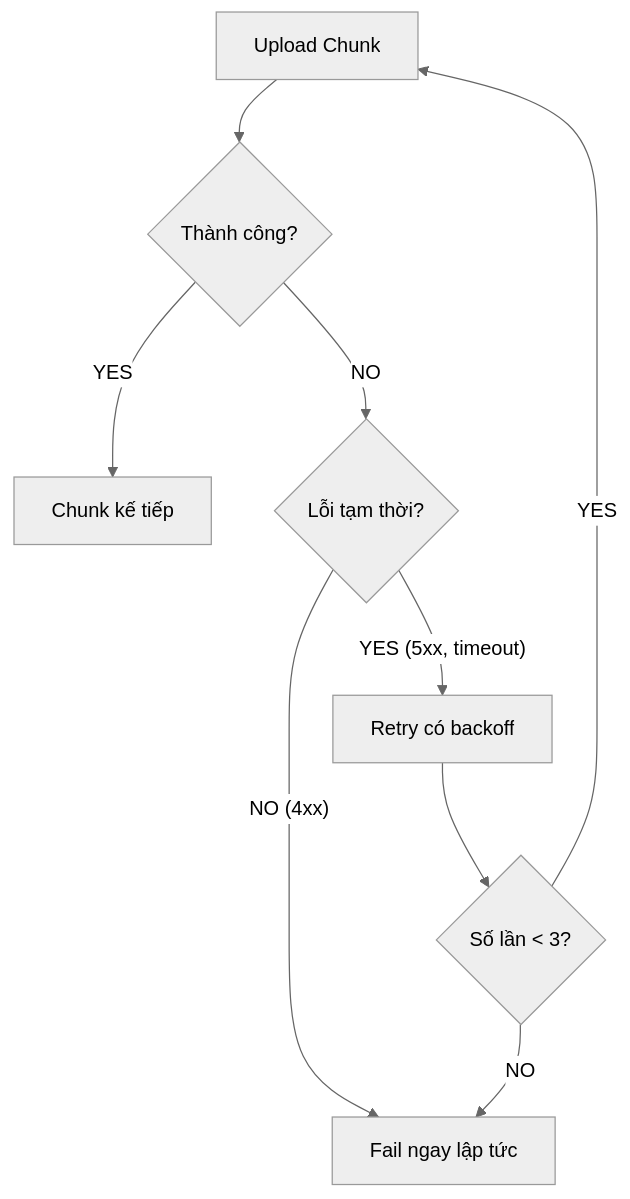
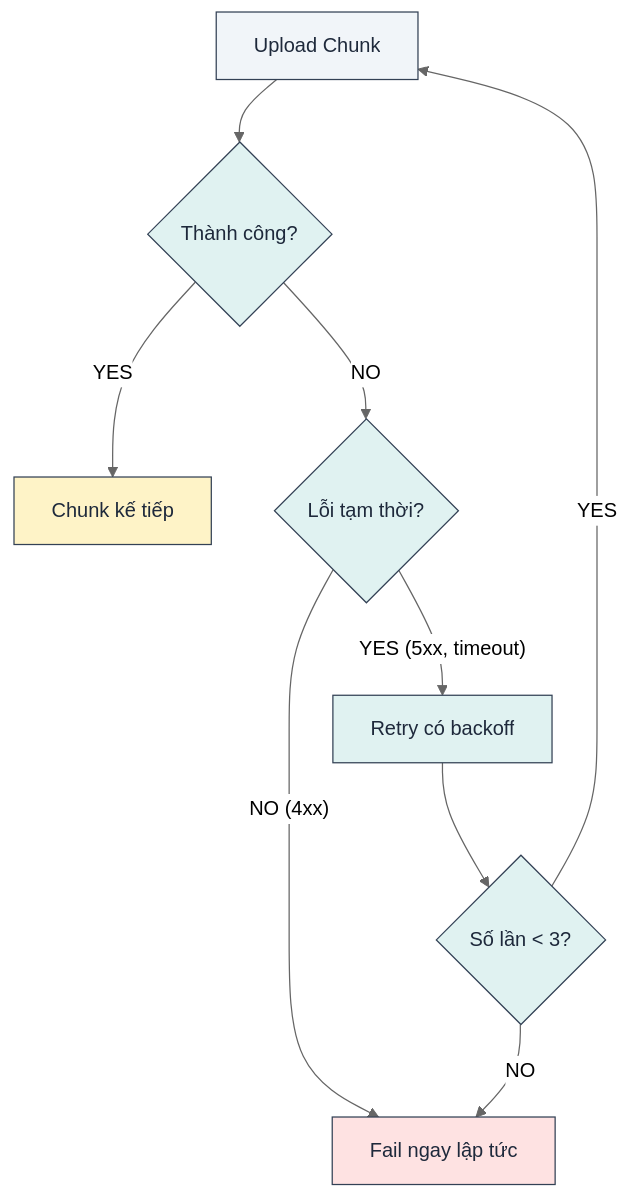
The sixth of 12 diagrams in book/vi/chapters/06_case_study.md (lploc94/flutter_orchestrator), drawn with Mermaid (neutral theme) before and after one commit. The commit also changed other lines of this file and 4 other files, not shown here.

````diff
--- a/book/vi/chapters/06_case_study.md
+++ b/book/vi/chapters/06_case_study.md
@@ -173,13 +194,21 @@
 ```mermaid
 flowchart TD
     Upload["Upload Chunk"] --> Success{"Thành công?"}
     Success -->|"YES"| Next["Chunk kế tiếp"]
     Success -->|"NO"| Transient{"Lỗi tạm thời?"}
     
     Transient -->|"YES (5xx, timeout)"| Retry["Retry có backoff"]
     Transient -->|"NO (4xx)"| Fail["Fail ngay lập tức"]
     
     Retry --> Attempts{"Số lần < 3?"}
     Attempts -->|"YES"| Upload
     Attempts -->|"NO"| Fail
+    
+    style Upload fill:#f1f5f9,stroke:#334155,color:#1e293b
+    style Success fill:#e0f2f1,stroke:#334155,color:#1e293b
+    style Next fill:#fef3c7,stroke:#334155,color:#1e293b
+    style Transient fill:#e0f2f1,stroke:#334155,color:#1e293b
+    style Retry fill:#e0f2f1,stroke:#334155,color:#1e293b
+    style Attempts fill:#e0f2f1,stroke:#334155,color:#1e293b
+    style Fail fill:#fee2e2,stroke:#334155,color:#1e293b
 ```
````
